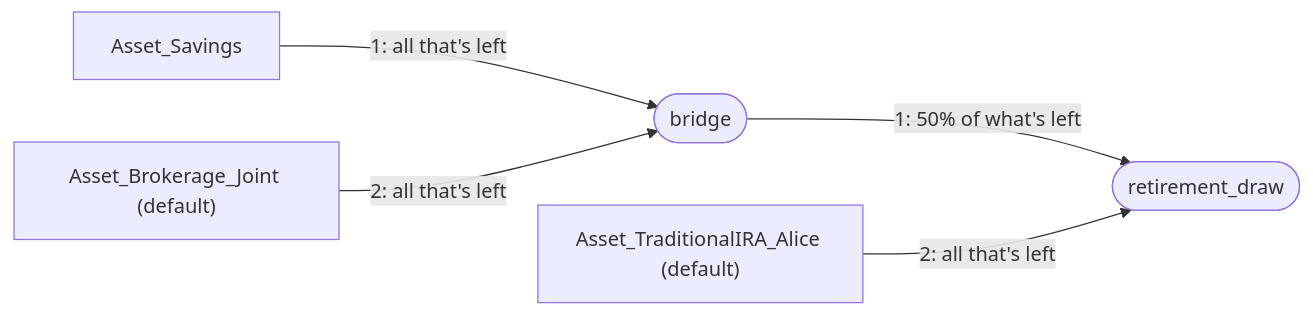
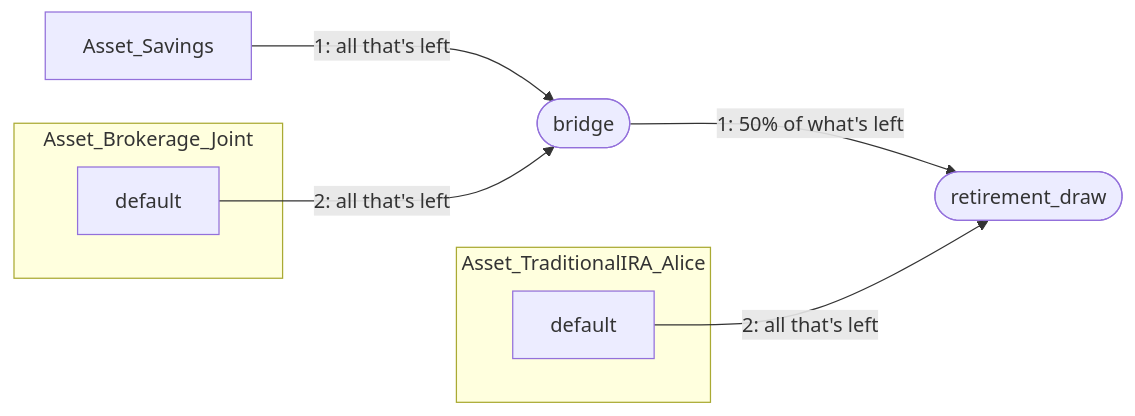
One commit to BobKerns/analysis changed the second of 3 diagrams in docs/guides/chains.md. Above: the diagram before and after it, drawn with Mermaid. The commit also changed other lines of this file and 2 other files, not shown here.

Commit message:
Chain flowchart: draw each account's lots inside a box for the account
An account whose lots are named (several lots, or an investment account)
becomes a Mermaid subgraph titled with the account, holding a box per lot
titled with the lot alone. A loop's copy of a lot gets a box of its own,
since in its original's box Mermaid would pull it back and turn the
closing edge around. One-lot accounts and chains are drawn as before.

Closes #144.

Claude-Session: https://claude.ai/code/session_01W1MyZ24nWkadto47y8W2F5

````diff
--- a/docs/guides/chains.md
+++ b/docs/guides/chains.md
@@ -242,7 +242,13 @@
 ```mermaid
 flowchart LR
+    subgraph bro_acct["Asset_Brokerage_Joint"]
+        bro["default"]
+    end
+    subgraph ira_acct["Asset_TraditionalIRA_Alice"]
+        ira["default"]
+    end
     sav["Asset_Savings"] -->|"1: all that's left"| br(["bridge"])
-    bro["Asset_Brokerage_Joint (default)"] -->|"2: all that's left"| br
+    bro -->|"2: all that's left"| br
     br -->|"1: 50% of what's left"| rd(["retirement_draw"])
-    ira["Asset_TraditionalIRA_Alice (default)"] -->|"2: all that's left"| rd
+    ira -->|"2: all that's left"| rd
 ```
````
